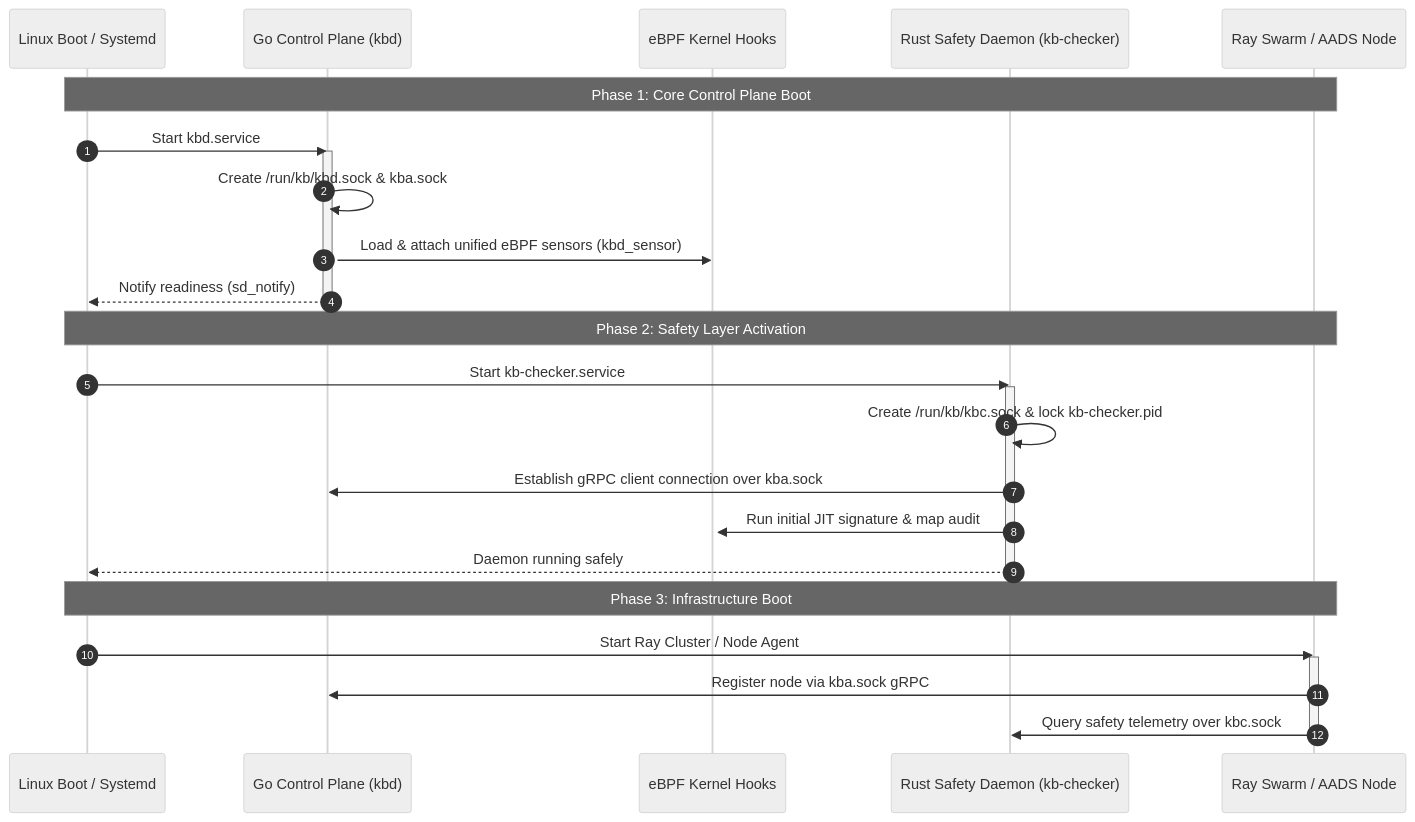
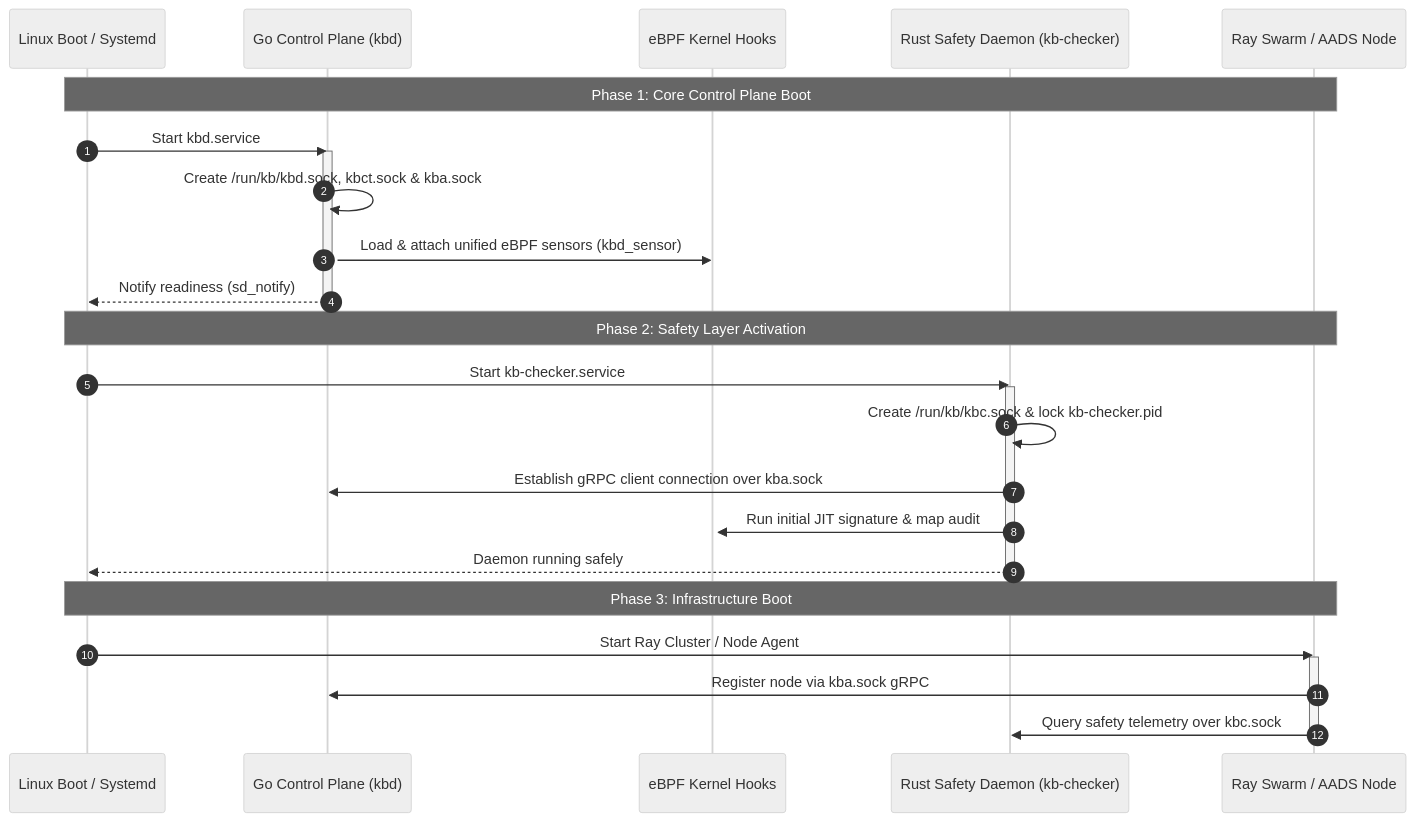
The first of 2 diagrams in docs/architecture/boot_sequence_spec.md (pardhuvarmax/kernel-borderlands), drawn with Mermaid (neutral theme) before and after one commit. The commit also changed other lines of this file and 5 other files, not shown here.

````diff
--- a/docs/architecture/boot_sequence_spec.md
+++ b/docs/architecture/boot_sequence_spec.md
@@ -22,34 +23,34 @@
 ```mermaid
 sequenceDiagram
     autonumber
     participant Systemd as Linux Boot / Systemd
     participant KBD as Go Control Plane (kbd)
     participant Kernel as eBPF Kernel Hooks
     participant KBC as Rust Safety Daemon (kb-checker)
     participant AADS as Ray Swarm / AADS Node
 
     Note over Systemd, AADS: Phase 1: Core Control Plane Boot
     Systemd->>KBD: Start kbd.service
     activate KBD
-    KBD->>KBD: Create /run/kb/kbd.sock & kba.sock
+    KBD->>KBD: Create /run/kb/kbd.sock, kbct.sock & kba.sock
     KBD->>Kernel: Load & attach unified eBPF sensors (kbd_sensor)
     activate Kernel
     KBD-->>Systemd: Notify readiness (sd_notify)
     deactivate KBD
 
     Note over Systemd, AADS: Phase 2: Safety Layer Activation
     Systemd->>KBC: Start kb-checker.service
     activate KBC
     KBC->>KBC: Create /run/kb/kbc.sock & lock kb-checker.pid
     KBC->>KBD: Establish gRPC client connection over kba.sock
     KBC->>Kernel: Run initial JIT signature & map audit
     KBC-->>Systemd: Daemon running safely
     deactivate KBC
 
     Note over Systemd, AADS: Phase 3: Infrastructure Boot
     Systemd->>AADS: Start Ray Cluster / Node Agent
     activate AADS
     AADS->>KBD: Register node via kba.sock gRPC
     AADS->>KBC: Query safety telemetry over kbc.sock
     deactivate AADS
 ```
````
